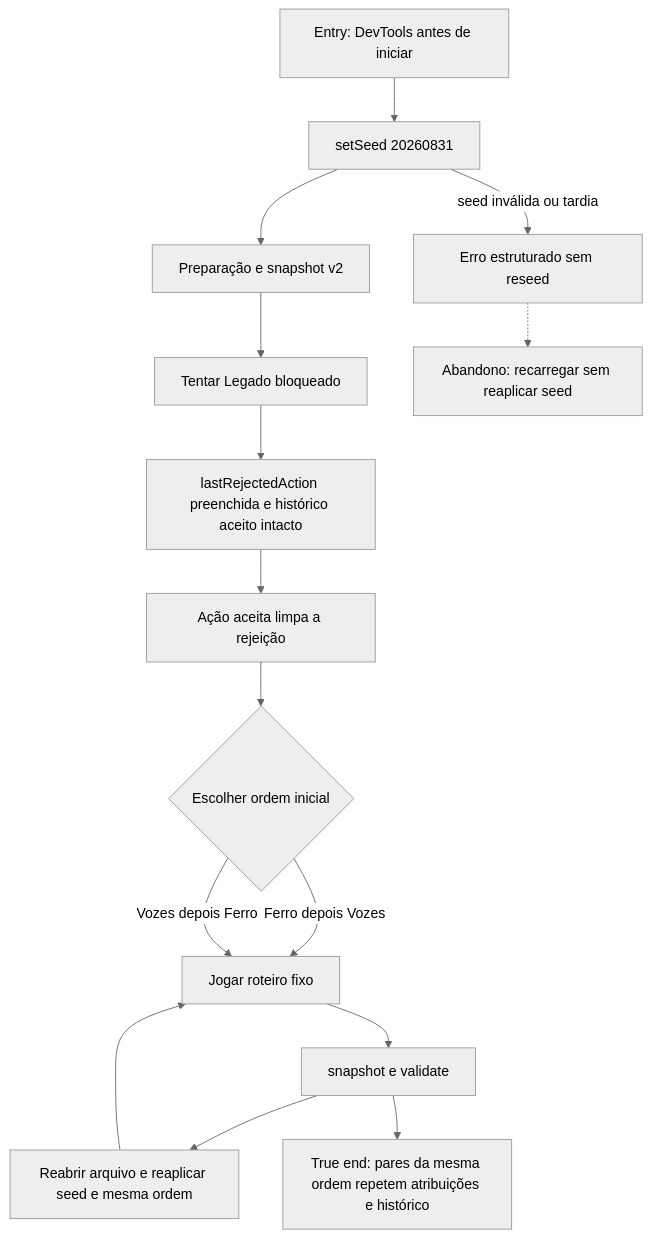
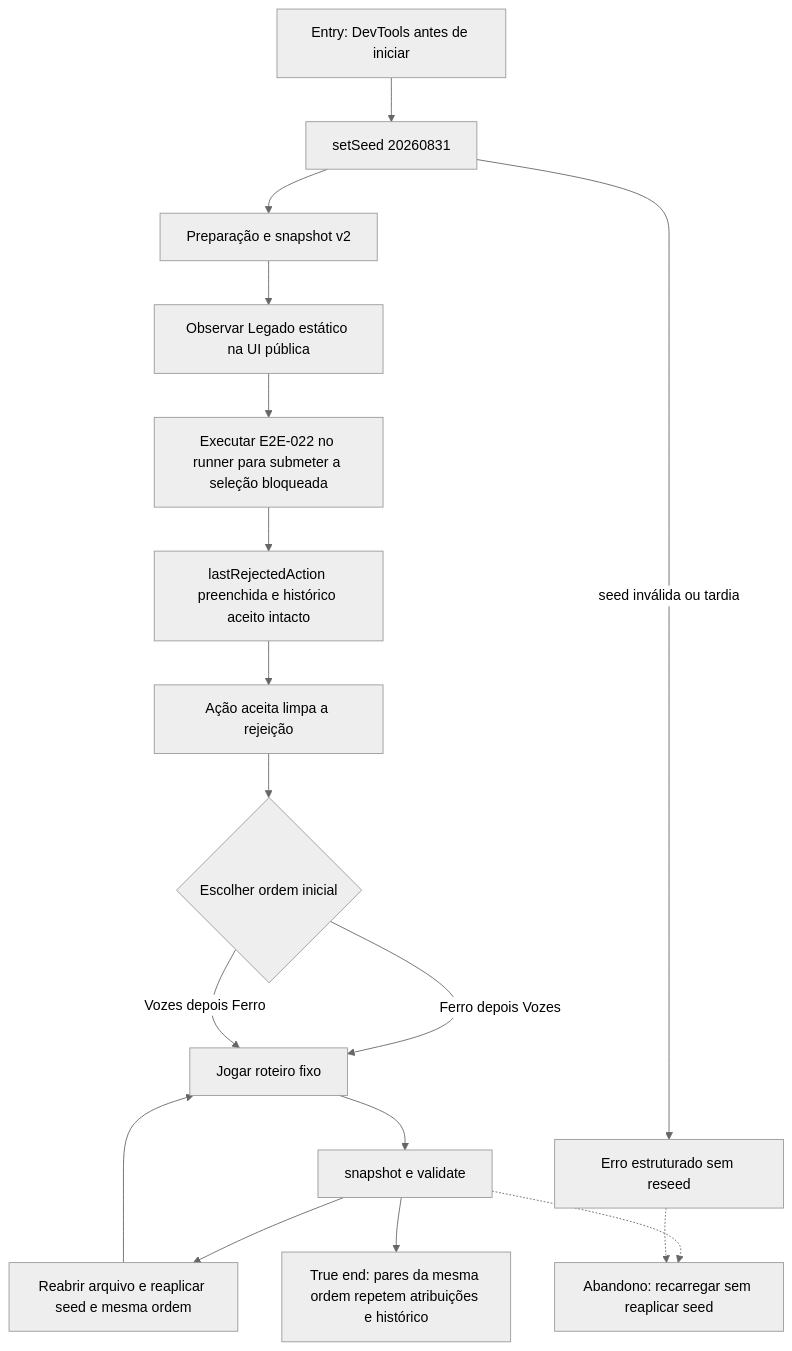
Before and after one commit to edneyreis999/gamejam-vn-terror: the diagram in docs/qa/journeys/J-reproduce-campaign.md, drawn with Mermaid (neutral theme). The commit also changed other lines of this file and 20 other files, not shown here.

````diff
--- a/docs/qa/journeys/J-reproduce-campaign.md
+++ b/docs/qa/journeys/J-reproduce-campaign.md
@@ -3,17 +3,19 @@
 ```mermaid
 flowchart TD
   A[Entry: DevTools antes de iniciar] --> B[setSeed 20260831]
   B --> C[Preparação e snapshot v2]
-  C --> D[Tentar Legado bloqueado]
-  D --> E[lastRejectedAction preenchida e histórico aceito intacto]
+  C --> D[Observar Legado estático na UI pública]
+  D --> D2[Executar E2E-022 no runner para submeter a seleção bloqueada]
+  D2 --> E[lastRejectedAction preenchida e histórico aceito intacto]
   E --> F[Ação aceita limpa a rejeição]
   F --> G{Escolher ordem inicial}
   G -->|Ferro depois Vozes| H[Jogar roteiro fixo]
   G -->|Vozes depois Ferro| H
   H --> I[snapshot e validate]
   I --> J[Reabrir arquivo e reaplicar seed e mesma ordem]
+  I -.-> X[Abandono: recarregar sem reaplicar seed]
   J --> H
   B -->|seed inválida ou tardia| K[Erro estruturado sem reseed]
   K -.-> X[Abandono: recarregar sem reaplicar seed]
   I --> L[True end: pares da mesma ordem repetem atribuições e histórico]
 ```
````
